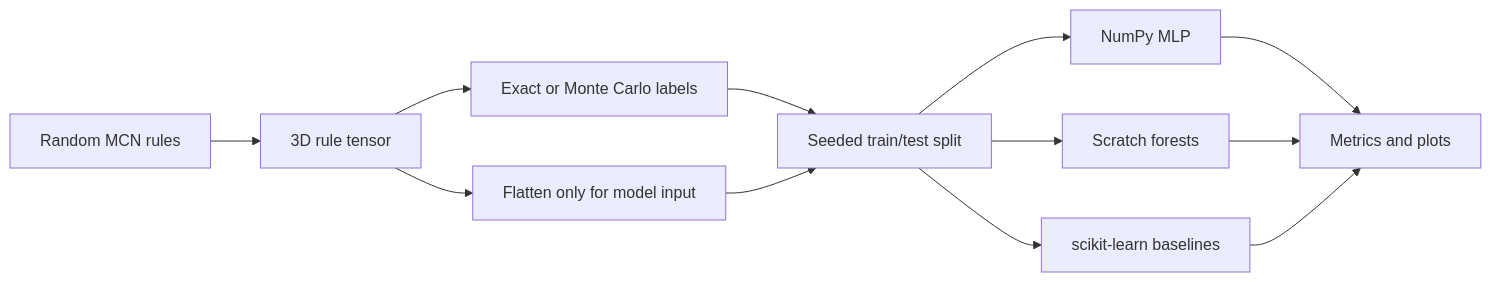
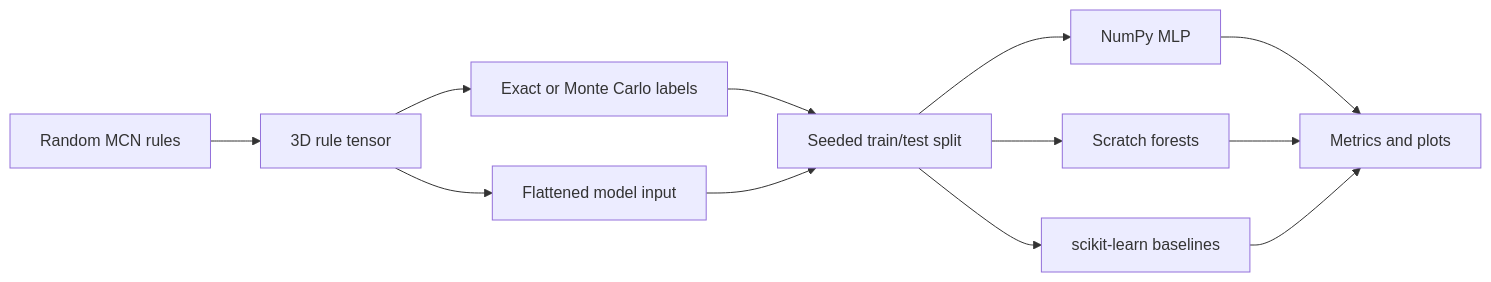
Before and after one commit to mohammad-kawach/power-index-learning: the diagram in README.md, drawn with Mermaid. The commit also changed other lines of this file, not shown here.

````diff
--- a/README.md
+++ b/README.md
@@ -206,14 +279,14 @@
 ```mermaid
 flowchart LR
     A[Random MCN rules] --> B[3D rule tensor]
     B --> C[Exact or Monte Carlo labels]
-    B --> D[Flatten only for model input]
+    B --> D[Flattened model input]
     C --> E[Seeded train/test split]
     D --> E
     E --> F[NumPy MLP]
     E --> G[Scratch forests]
     E --> H[scikit-learn baselines]
     F --> I[Metrics and plots]
     G --> I
     H --> I
 ```
````
